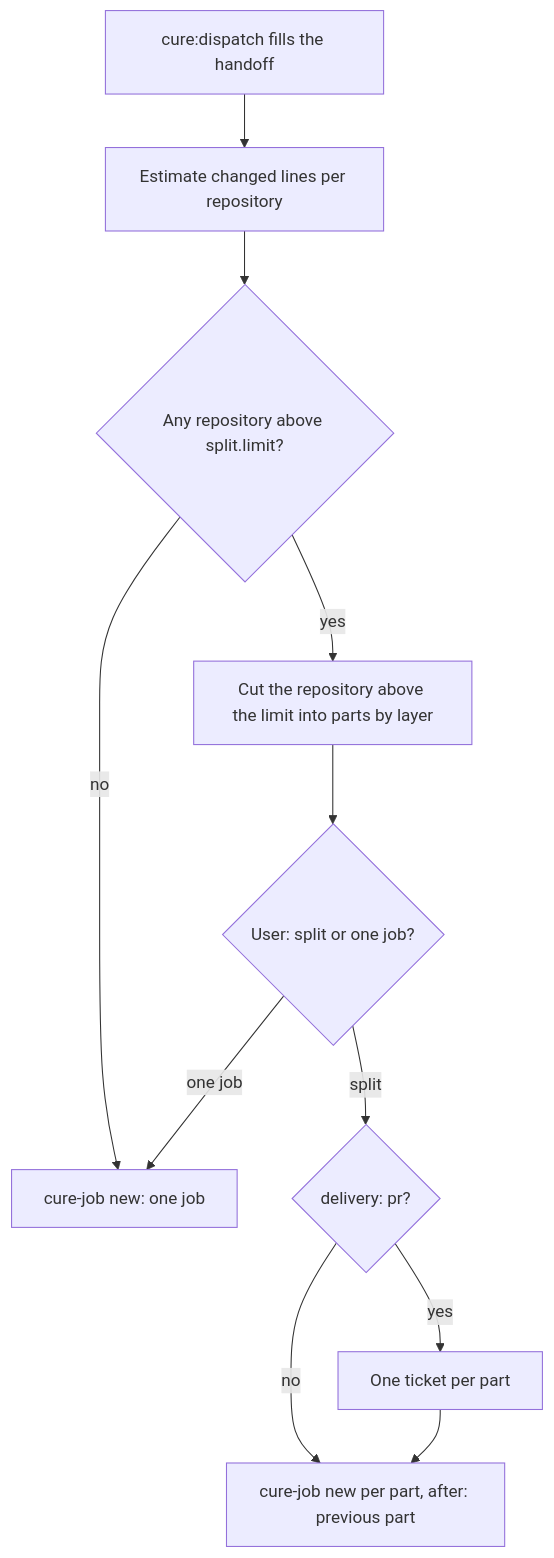
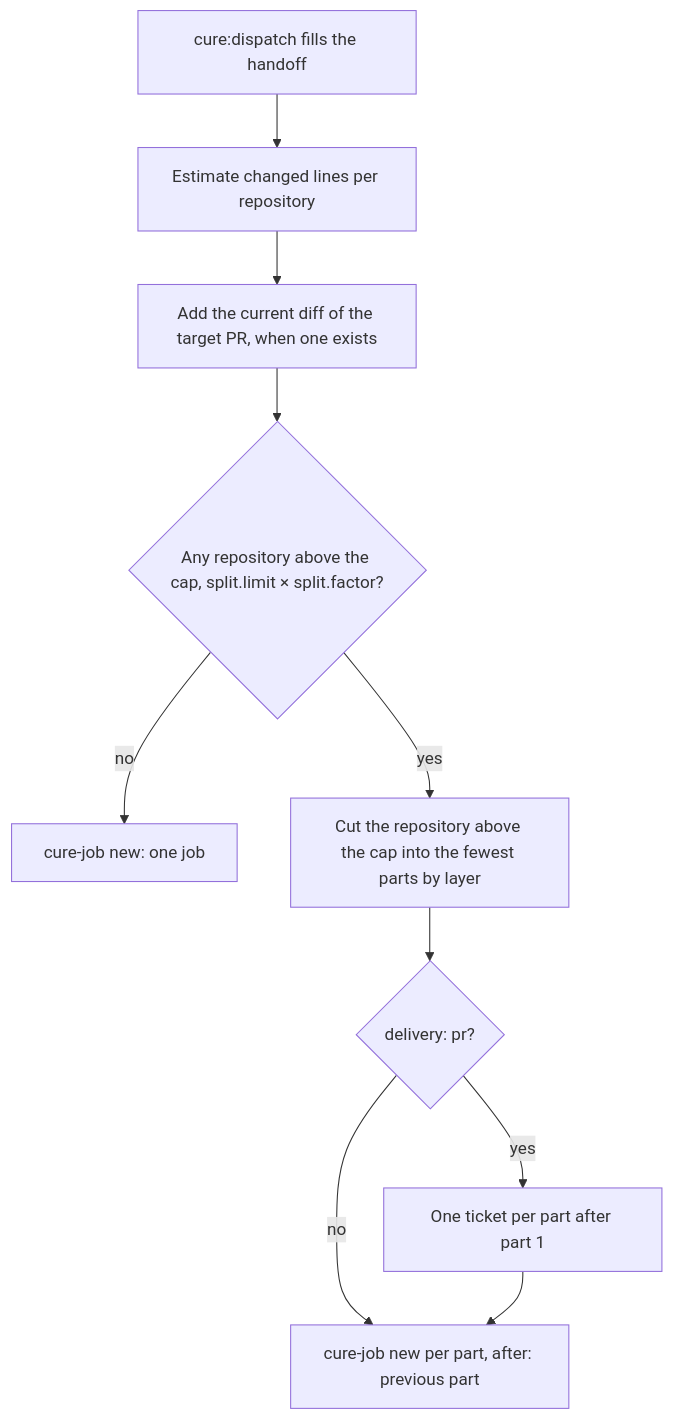
Before and after one commit to zagrichanskiy/claude-plugins: the third of 3 diagrams in docs/dispatcher-resource-scheduling.md, drawn with Mermaid. The commit also changed other lines of this file and 16 other files, not shown here.

````diff
--- a/docs/dispatcher-resource-scheduling.md
+++ b/docs/dispatcher-resource-scheduling.md
@@ -140,13 +140,12 @@
 ```mermaid
 flowchart TD
     A[cure:dispatch fills the handoff] --> B[Estimate changed lines per repository]
-    B --> C{Any repository above split.limit?}
+    B --> B2[Add the current diff of the target PR, when one exists]
+    B2 --> C{Any repository above the cap, split.limit × split.factor?}
     C -- no --> D[cure-job new: one job]
-    C -- yes --> E[Cut the repository above the limit into parts by layer]
-    E --> F{User: split or one job?}
-    F -- one job --> D
-    F -- split --> G{delivery: pr?}
-    G -- yes --> H[One ticket per part]
+    C -- yes --> E[Cut the repository above the cap into the fewest parts by layer]
+    E --> G{delivery: pr?}
+    G -- yes --> H[One ticket per part after part 1]
     G -- no --> I[cure-job new per part, after: previous part]
     H --> I
 ```
````
